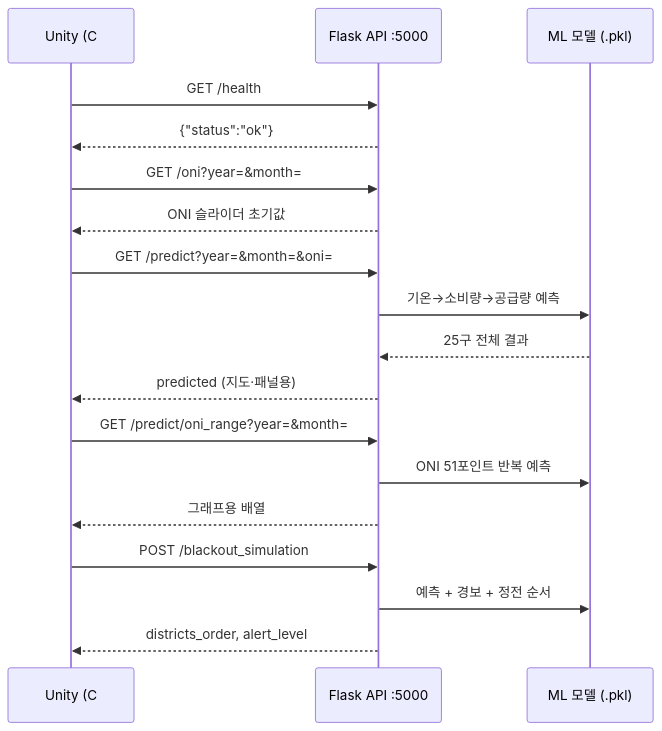
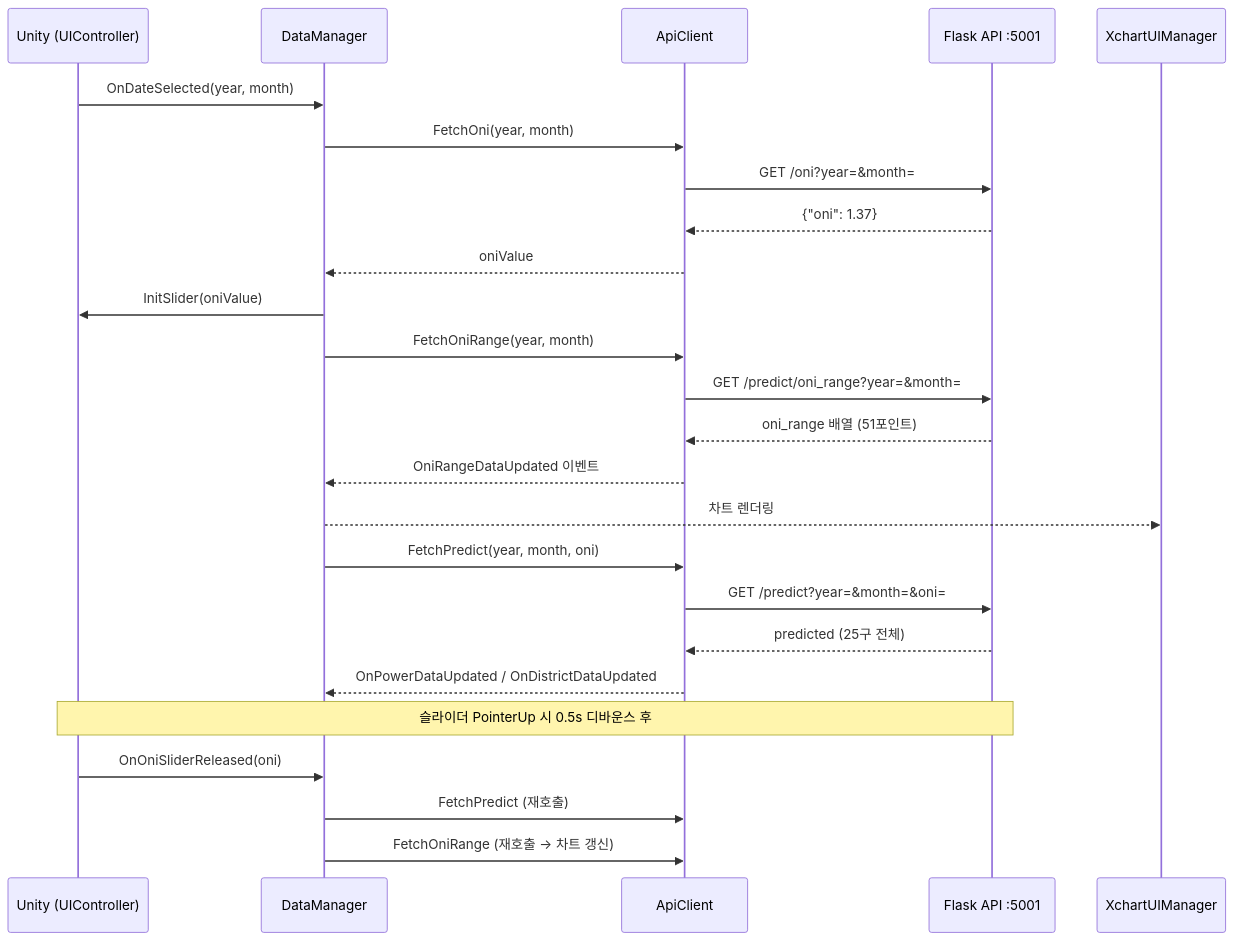
One commit to JINA1003/SmartCity changed the diagram in README.md. Above: the diagram before and after it, drawn with Mermaid. The commit also changed other lines of this file, not shown here.

Commit message:
chore:xchart 리드미 작성

````diff
--- a/README.md
+++ b/README.md
@@ -76,25 +82,30 @@
 ```mermaid
 sequenceDiagram
-    participant U as Unity (C# HttpClient)
-    participant F as Flask API :5000
-    participant M as ML 모델 (.pkl)
+    participant U as Unity (UIController)
+    participant D as DataManager
+    participant A as ApiClient
+    participant F as Flask API :5001
 
-    U->>F: GET /health
-    F-->>U: {"status":"ok"}
+    U->>D: OnDateSelected(year, month)
+    D->>A: FetchOni(year, month)
+    A->>F: GET /oni?year=&month=
+    F-->>A: {"oni": 1.37}
+    A-->>D: oniValue
+    D->>U: InitSlider(oniValue)
 
-    U->>F: GET /oni?year=&month=
-    F-->>U: ONI 슬라이더 초기값
+    D->>A: FetchOniRange(year, month)
+    A->>F: GET /predict/oni_range?year=&month=
+    F-->>A: oni_range 배열 (51포인트)
+    A-->>D: OniRangeDataUpdated 이벤트
+    D-->>XchartUIManager: 차트 렌더링
 
-    U->>F: GET /predict?year=&month=&oni=
-    F->>M: 기온→소비량→공급량 예측
-    M-->>F: 25구 전체 결과
-    F-->>U: predicted (지도·패널용)
+    D->>A: FetchPredict(year, month, oni)
+    A->>F: GET /predict?year=&month=&oni=
+    F-->>A: predicted (25구 전체)
+    A-->>D: OnPowerDataUpdated / OnDistrictDataUpdated
 
-    U->>F: GET /predict/oni_range?year=&month=
-    F->>M: ONI 51포인트 반복 예측
-    F-->>U: 그래프용 배열
-
-    U->>F: POST /blackout_simulation
-    F->>M: 예측 + 경보 + 정전 순서
-    F-->>U: districts_order, alert_level
+    Note over U,F: 슬라이더 PointerUp 시 0.5s 디바운스 후
+    U->>D: OnOniSliderReleased(oni)
+    D->>A: FetchPredict (재호출)
+    D->>A: FetchOniRange (재호출 → 차트 갱신)
 ```
````
